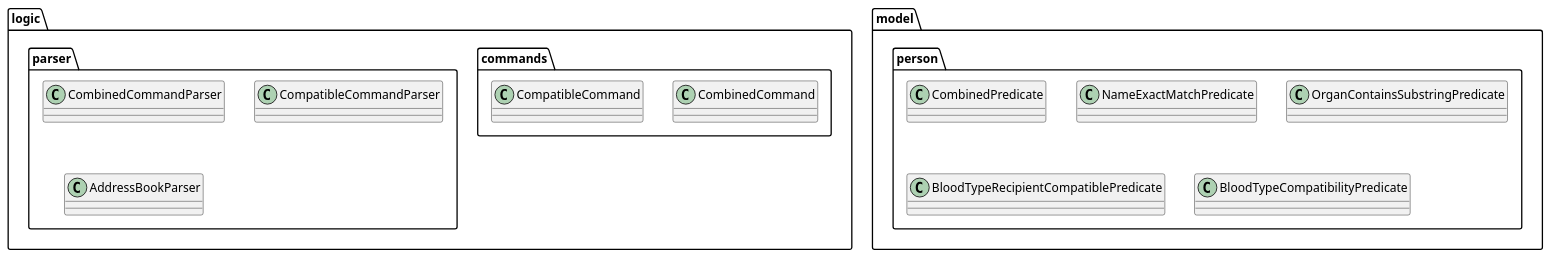
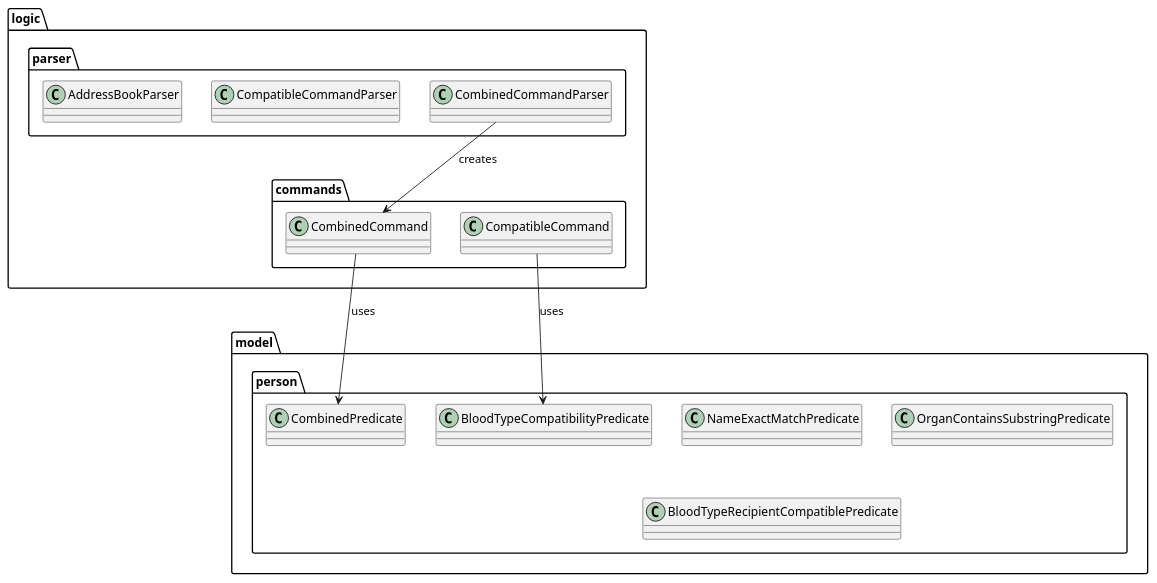
One commit to baozzii/tp changed the diagram in docs/diagrams/CombinedCompatibleClassDiagram.puml. Above: the diagram before and after it, drawn with PlantUML.

Commit message:
Add class relationships for class diagram
Class diagram is missing some class dependencies.

It doesn't correctly represent the relationship between classes.

Let's add the relevant relationships to the class diagram.

The diagram will require more updates in the future.

```diff
--- a/docs/diagrams/CombinedCompatibleClassDiagram.puml
+++ b/docs/diagrams/CombinedCompatibleClassDiagram.puml
@@ -1,24 +1,28 @@
 @startuml
 skinparam classAttributeIconSize 0
 
 package "logic.commands" {
   class CombinedCommand
   class CompatibleCommand
 }
 
 package "logic.parser" {
   class CombinedCommandParser
   class CompatibleCommandParser
   class AddressBookParser
 }
 
 package "model.person" {
   class CombinedPredicate
   class NameExactMatchPredicate
   class OrganContainsSubstringPredicate
   class BloodTypeRecipientCompatiblePredicate
   class BloodTypeCompatibilityPredicate
 }
 
+CombinedCommand --> CombinedPredicate : uses
+CompatibleCommand --> BloodTypeCompatibilityPredicate : uses
+
+CombinedCommandParser --> CombinedCommand : creates
 
 @enduml
```
